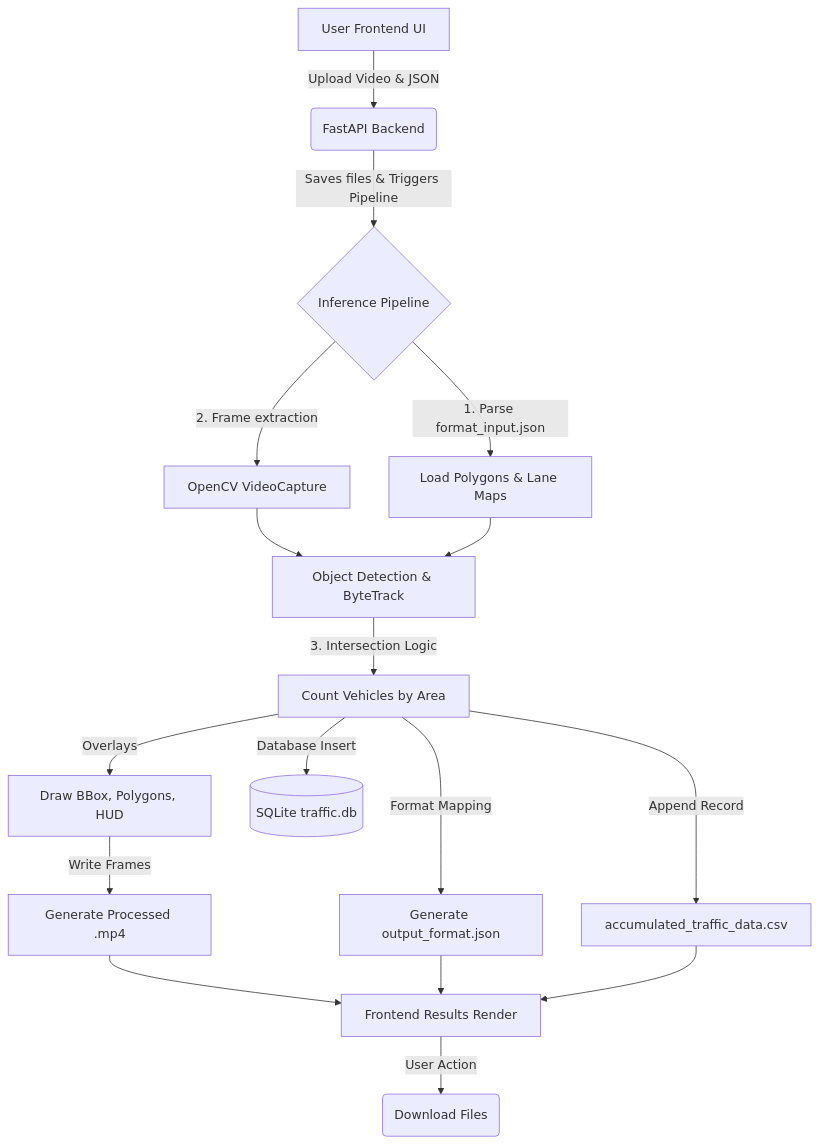
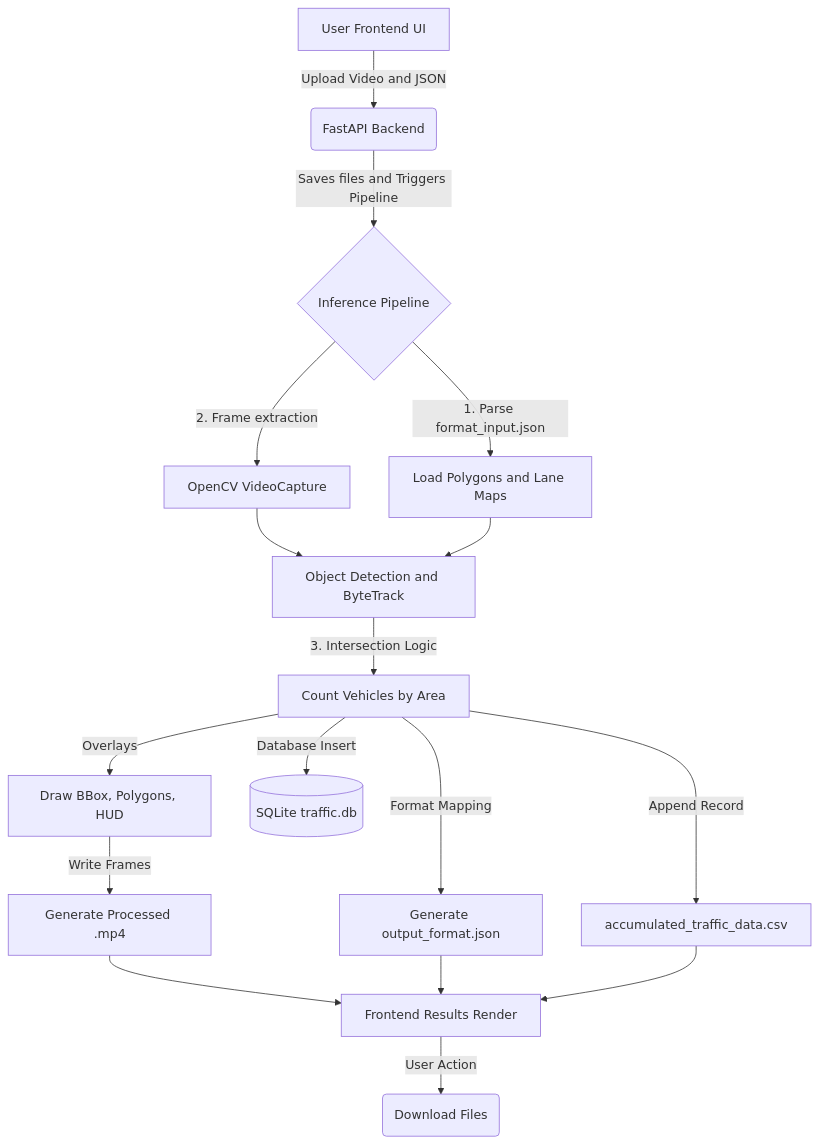
One commit to Phasurab/Traffic-Analysis-System changed the diagram in workflow.mermaid. Above: the diagram before and after it, drawn with Mermaid.

Commit message:
Update Mermaid diagram text for clarity

````diff
--- a/workflow.mermaid
+++ b/workflow.mermaid
@@ -1,21 +1,21 @@
 ```mermaid
 graph TD;
-    A[User Frontend UI] -->|Upload Video & JSON| B(FastAPI Backend)
-    B -->|Saves files & Triggers Pipeline| C{Inference Pipeline}
+    A["User Frontend UI"] -->|Upload Video and JSON| B("FastAPI Backend")
+    B -->|Saves files and Triggers Pipeline| C{"Inference Pipeline"}
     
-    C -->|1. Parse format_input.json| D[Load Polygons & Lane Maps]
-    C -->|2. Frame extraction| E[OpenCV VideoCapture]
-    E --> F[Object Detection & ByteTrack]
+    C -->|1. Parse format_input.json| D["Load Polygons and Lane Maps"]
+    C -->|2. Frame extraction| E["OpenCV VideoCapture"]
+    E --> F["Object Detection and ByteTrack"]
     D --> F
-    F -->|3. Intersection Logic| G[Count Vehicles by Area]
-    G -->|Overlays| H[Draw BBox, Polygons, HUD]
-    H -->|Write Frames| I[Generate Processed .mp4]
-    G -->|Format Mapping| J[Generate output_format.json]
-    G -->|Database Insert| M[(SQLite traffic.db)]
-    G -->|Append Record| N[accumulated_traffic_data.csv]
+    F -->|3. Intersection Logic| G["Count Vehicles by Area"]
+    G -->|Overlays| H["Draw BBox, Polygons, HUD"]
+    H -->|Write Frames| I["Generate Processed .mp4"]
+    G -->|Format Mapping| J["Generate output_format.json"]
+    G -->|Database Insert| M[("SQLite traffic.db")]
+    G -->|Append Record| N["accumulated_traffic_data.csv"]
     
-    I --> K[Frontend Results Render]
+    I --> K["Frontend Results Render"]
     J --> K
     N --> K
-    K -->|User Action| L(Download Files)
+    K -->|User Action| L("Download Files")
 ```
````
